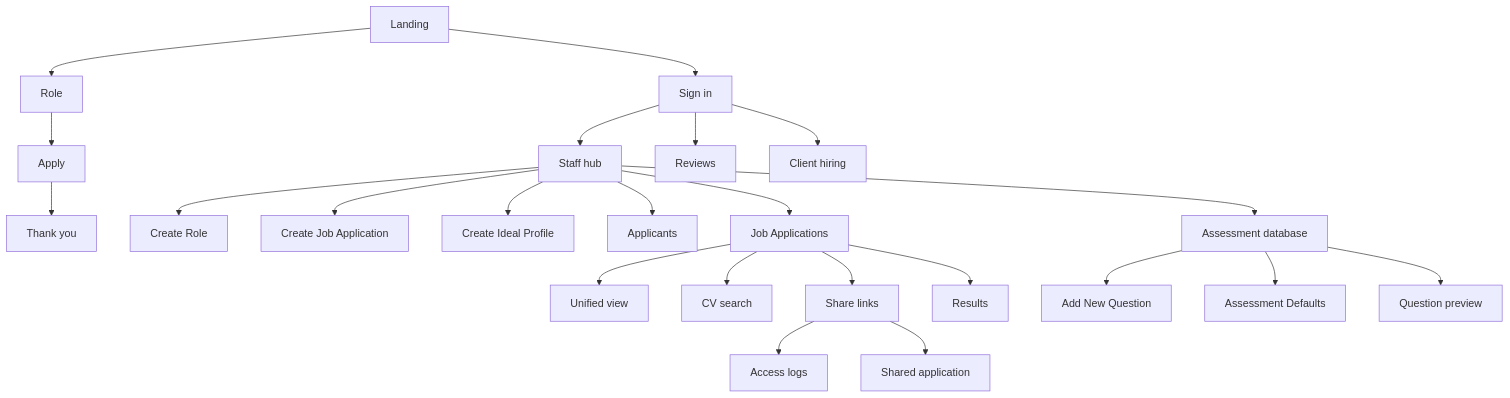
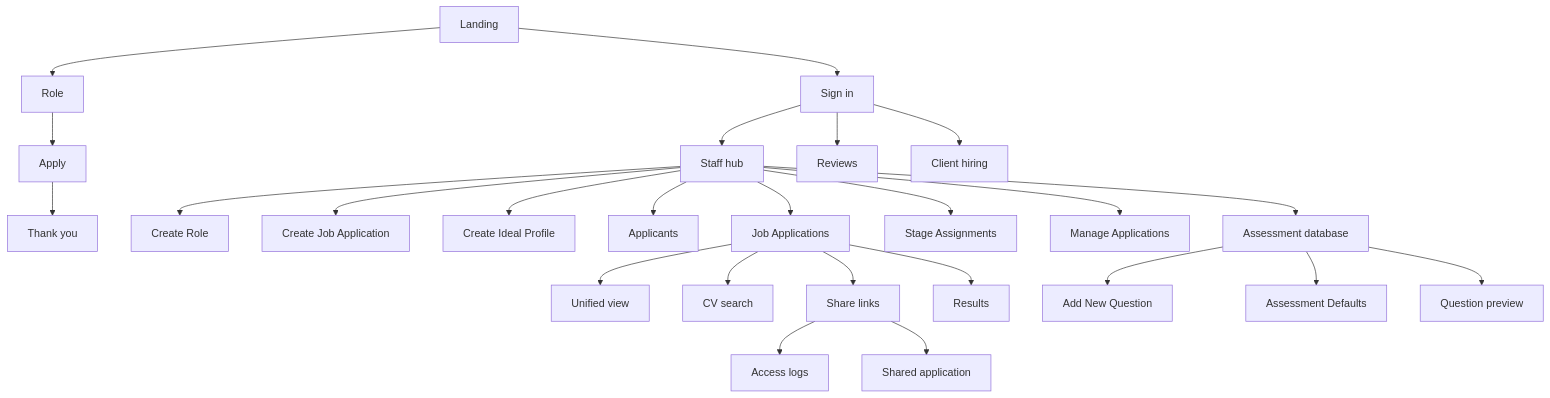
The first of 2 diagrams in docs/mockups/README.md (WhiteboardNewbie/TR-x-Amal-Careers-Client), drawn with Mermaid before and after one commit. The commit also changed other lines of this file and 4 other files, not shown here.

````diff
--- a/docs/mockups/README.md
+++ b/docs/mockups/README.md
@@ -7,45 +7,49 @@
 ```mermaid
 flowchart TD
   landing[Landing]
   role[Role]
   apply[Apply]
   thankYou[Thank you]
   signIn[Sign in]
   staff[Staff hub]
   createRole[Create Role]
   createApp[Create Job Application]
   createIdeal[Create Ideal Profile]
   applicants[Applicants]
   applications[Job Applications]
+  stages[Stage Assignments]
+  manage[Manage Applications]
   unified[Unified view]
   cvSearch[CV search]
   shareLinks[Share links]
   logs[Access logs]
   results[Results]
   questions[Assessment database]
   addQuestion[Add New Question]
   defaults[Assessment Defaults]
   preview[Question preview]
   reviews[Reviews]
   client[Client hiring]
   shared[Shared application]
   landing --> role --> apply --> thankYou
   landing --> signIn
   signIn --> staff
   signIn --> reviews
   signIn --> client
   staff --> createRole
   staff --> createApp
   staff --> createIdeal
   staff --> applicants
   staff --> applications
+  staff --> stages
+  staff --> manage
   applications --> unified
   applications --> cvSearch
   applications --> shareLinks --> logs
   applications --> results
   staff --> questions
   questions --> addQuestion
   questions --> defaults
   questions --> preview
   shareLinks --> shared
 ```
````
